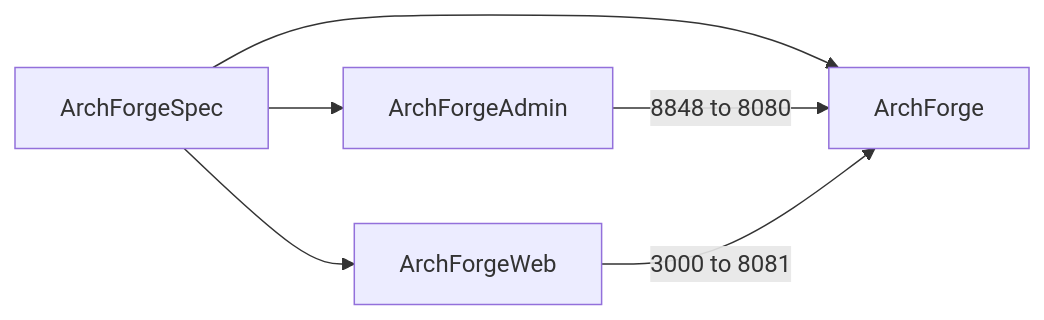
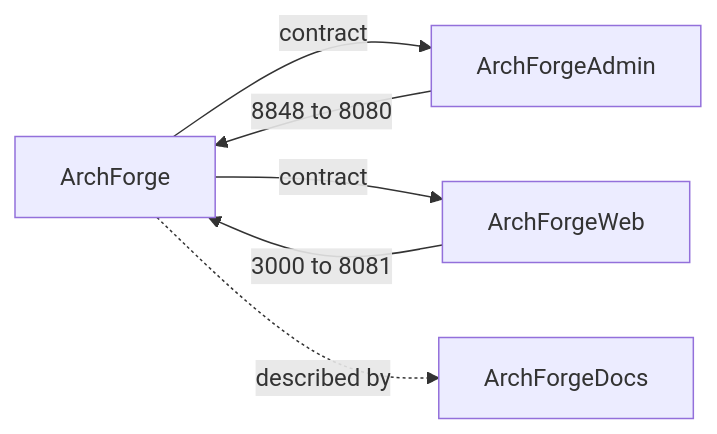
The diagram in docs/guide/project-structure.md (sofn/ArchForgeDocs), drawn with Mermaid before and after one commit. The commit also changed other lines of this file and 37 other files, not shown here.

````diff
--- a/docs/guide/project-structure.md
+++ b/docs/guide/project-structure.md
@@ -18,12 +21,12 @@
 ```mermaid
 flowchart LR
-  Spec[ArchForgeSpec]
   Backend[ArchForge]
   Admin[ArchForgeAdmin]
   Web[ArchForgeWeb]
-  Spec --> Backend
-  Spec --> Admin
-  Spec --> Web
+  Docs[ArchForgeDocs]
+  Backend -->|contract| Admin
+  Backend -->|contract| Web
+  Backend -.->|described by| Docs
   Admin -->|8848 to 8080| Backend
   Web -->|3000 to 8081| Backend
 ```
````
